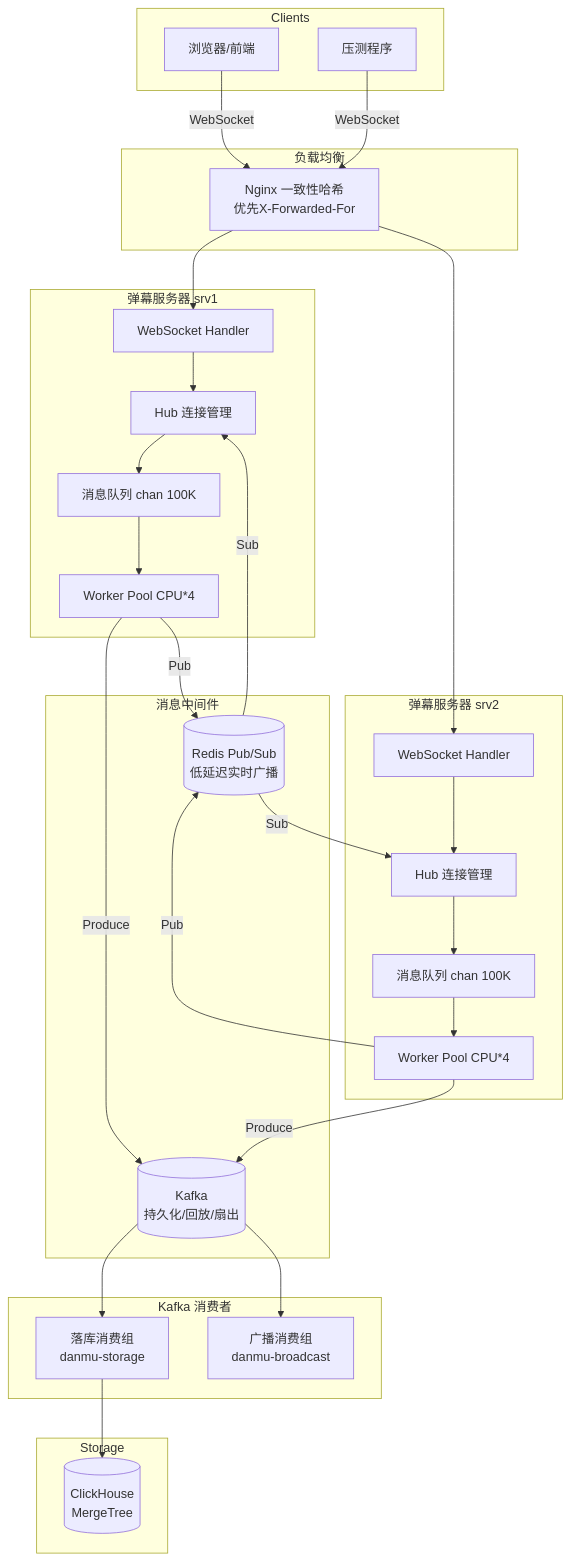
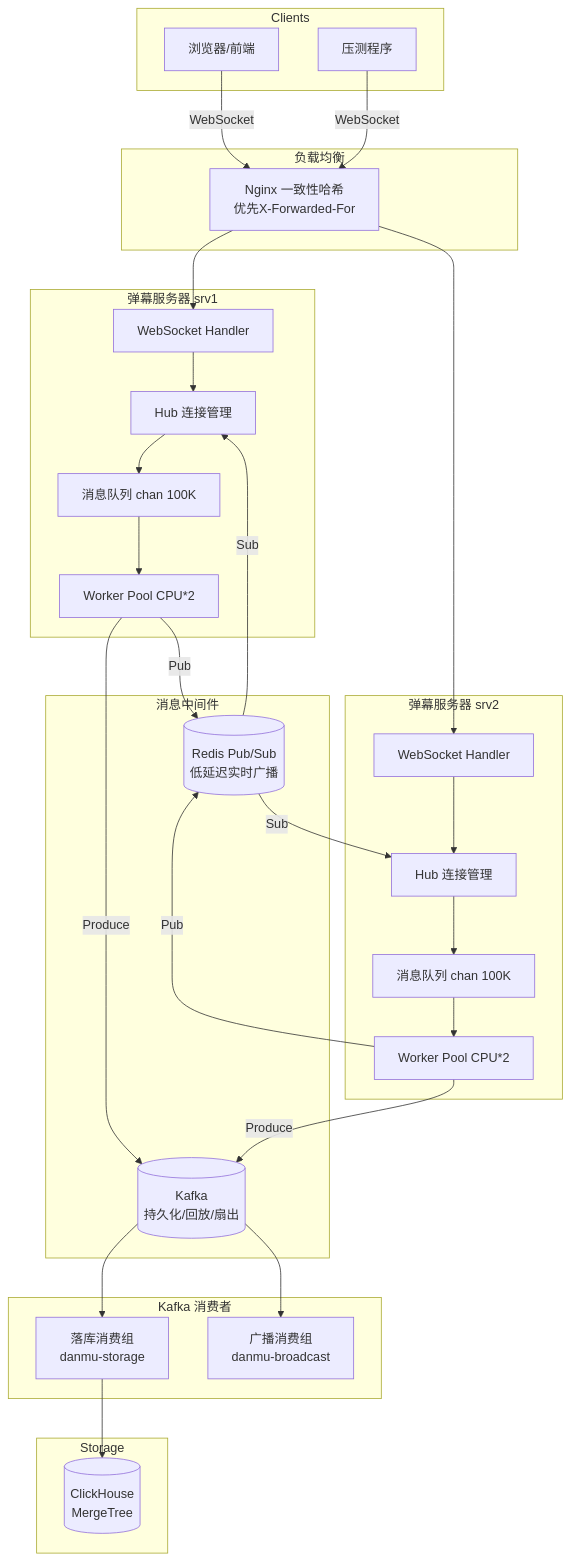
One commit to YansIlinta/X-Plore changed the diagram in danmu/monolith/README.md. Above: the diagram before and after it, drawn with Mermaid. The commit also changed 5 other files, not shown here.

Commit message:
chore(docs): 清扫 5 处文档漂移——worker 数注释 CPU*4→2、README mermaid、REVIEW sendChSize 256→512、ARCHITECTURE_ANALYSIS rpcAddrOf→takeAddr、OPS ops/kafka.go→collector.go:647

````diff
--- a/danmu/monolith/README.md
+++ b/danmu/monolith/README.md
@@ -27,57 +27,57 @@
 ```mermaid
 graph TB
     subgraph Clients
         Browser[浏览器/前端]
         Bench[压测程序]
     end
 
     subgraph LB[负载均衡]
         Nginx[Nginx 一致性哈希<br/>优先X-Forwarded-For]
     end
 
     subgraph Server1[弹幕服务器 srv1]
         WS1[WebSocket Handler]
         Hub1[Hub 连接管理]
         MQ1[消息队列 chan 100K]
-        WP1[Worker Pool CPU*4]
+        WP1[Worker Pool CPU*2]
     end
 
     subgraph Server2[弹幕服务器 srv2]
         WS2[WebSocket Handler]
         Hub2[Hub 连接管理]
         MQ2[消息队列 chan 100K]
-        WP2[Worker Pool CPU*4]
+        WP2[Worker Pool CPU*2]
     end
 
     subgraph MQ[消息中间件]
         Redis[(Redis Pub/Sub<br/>低延迟实时广播)]
         Kafka[(Kafka<br/>持久化/回放/扇出)]
     end
 
     subgraph Consumers[Kafka 消费者]
         CG1[落库消费组<br/>danmu-storage]
         CG2[广播消费组<br/>danmu-broadcast]
     end
 
     subgraph Storage
         CH[(ClickHouse<br/>MergeTree)]
     end
 
     Browser -->|WebSocket| Nginx
     Bench -->|WebSocket| Nginx
     Nginx --> WS1
     Nginx --> WS2
 
     WS1 --> Hub1 --> MQ1 --> WP1
     WS2 --> Hub2 --> MQ2 --> WP2
 
     WP1 -->|Pub| Redis
     WP2 -->|Pub| Redis
     Redis -->|Sub| Hub1
     Redis -->|Sub| Hub2
 
     WP1 -->|Produce| Kafka
     WP2 -->|Produce| Kafka
     Kafka --> CG1 --> CH
     Kafka --> CG2
 ```
````
